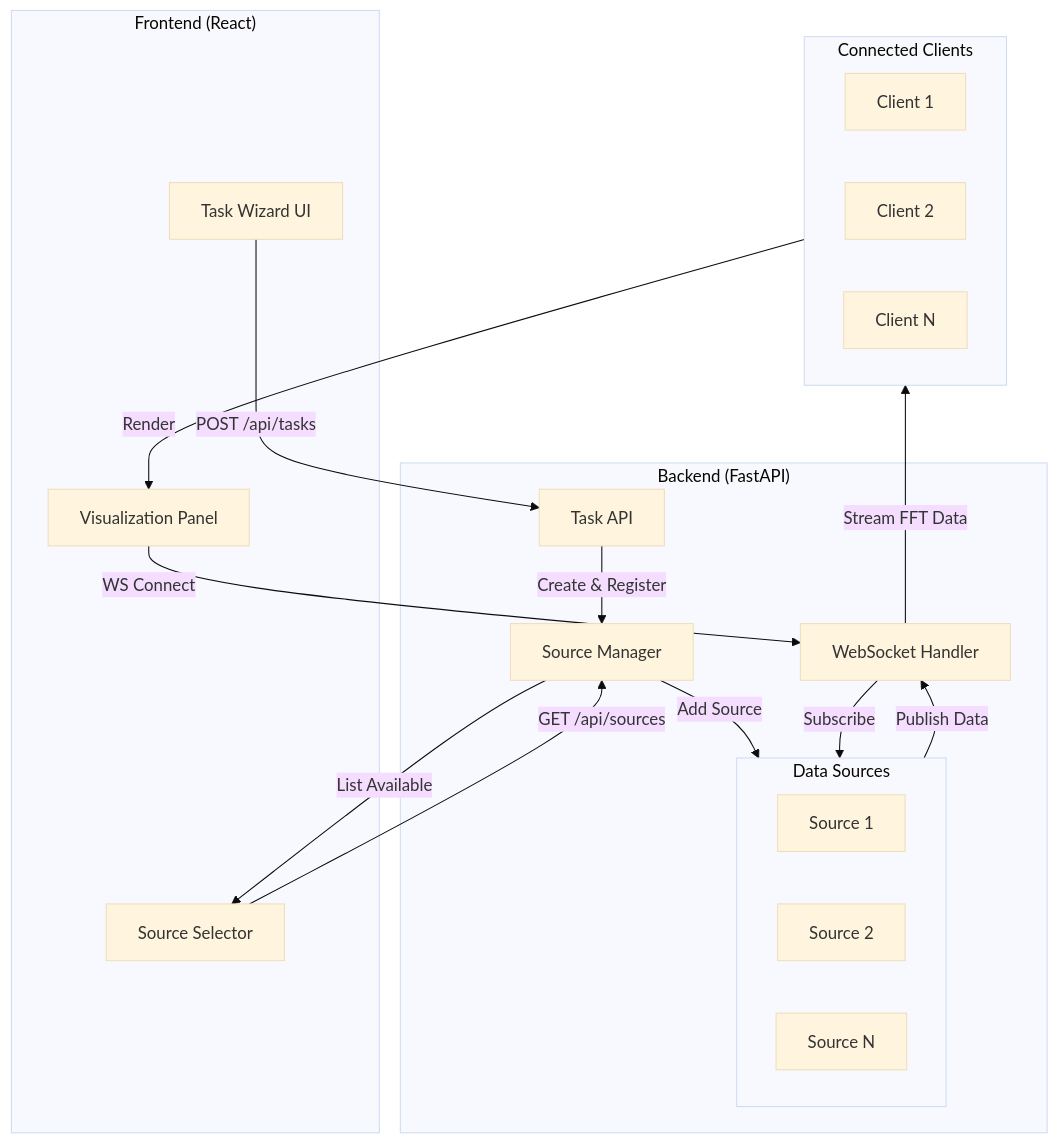
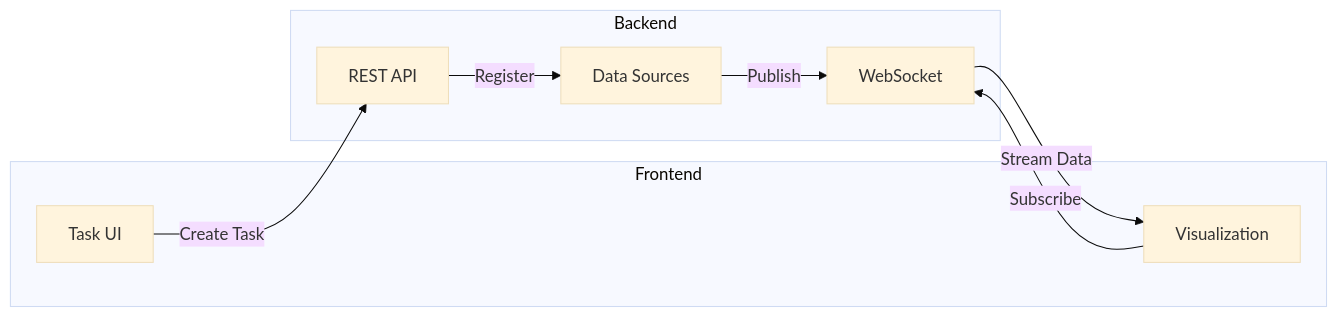
Before and after one commit to tccoult/sdr-cockpit: the diagram in README.md, drawn with Mermaid (base theme).

Commit message:
Simplify architecture diagram layout
Change to left-to-right flow with fewer nodes for better readability.

````diff
--- a/README.md
+++ b/README.md
@@ -33,44 +33,19 @@
 ```mermaid
-flowchart TB
-    subgraph Frontend["Frontend (React)"]
-        UI[Task Wizard UI]
-        SourceSelect[Source Selector]
-        Viz[Visualization Panel]
+flowchart LR
+    subgraph Frontend
+        UI[Task UI]
+        Viz[Visualization]
     end
 
-    subgraph Backend["Backend (FastAPI)"]
-        TaskAPI[Task API]
-        SourceMgr[Source Manager]
-        WS[WebSocket Handler]
-
-        subgraph Sources["Data Sources"]
-            Source1[Source 1]
-            Source2[Source 2]
-            SourceN[Source N]
-        end
+    subgraph Backend
+        API[REST API]
+        Sources[Data Sources]
+        WS[WebSocket]
     end
 
-    subgraph Clients["Connected Clients"]
-        Client1[Client 1]
-        Client2[Client 2]
-        ClientN[Client N]
-    end
-
-    %% Task Creation Flow
-    UI -->|"POST /api/tasks"| TaskAPI
-    TaskAPI -->|"Create & Register"| SourceMgr
-    SourceMgr -->|"Add Source"| Sources
-
-    %% Source Discovery Flow
-    SourceSelect -->|"GET /api/sources"| SourceMgr
-    SourceMgr -->|"List Available"| SourceSelect
-
-    %% WebSocket Subscription Flow
-    Viz -->|"WS Connect"| WS
-    WS -->|"Subscribe"| Sources
-
-    %% Data Publication Flow
-    Sources -->|"Publish Data"| WS
-    WS -->|"Stream FFT Data"| Clients
-    Clients -->|"Render"| Viz
+    UI -->|"Create Task"| API
+    API -->|"Register"| Sources
+    Viz -->|"Subscribe"| WS
+    Sources -->|"Publish"| WS
+    WS -->|"Stream Data"| Viz
 ```
````
